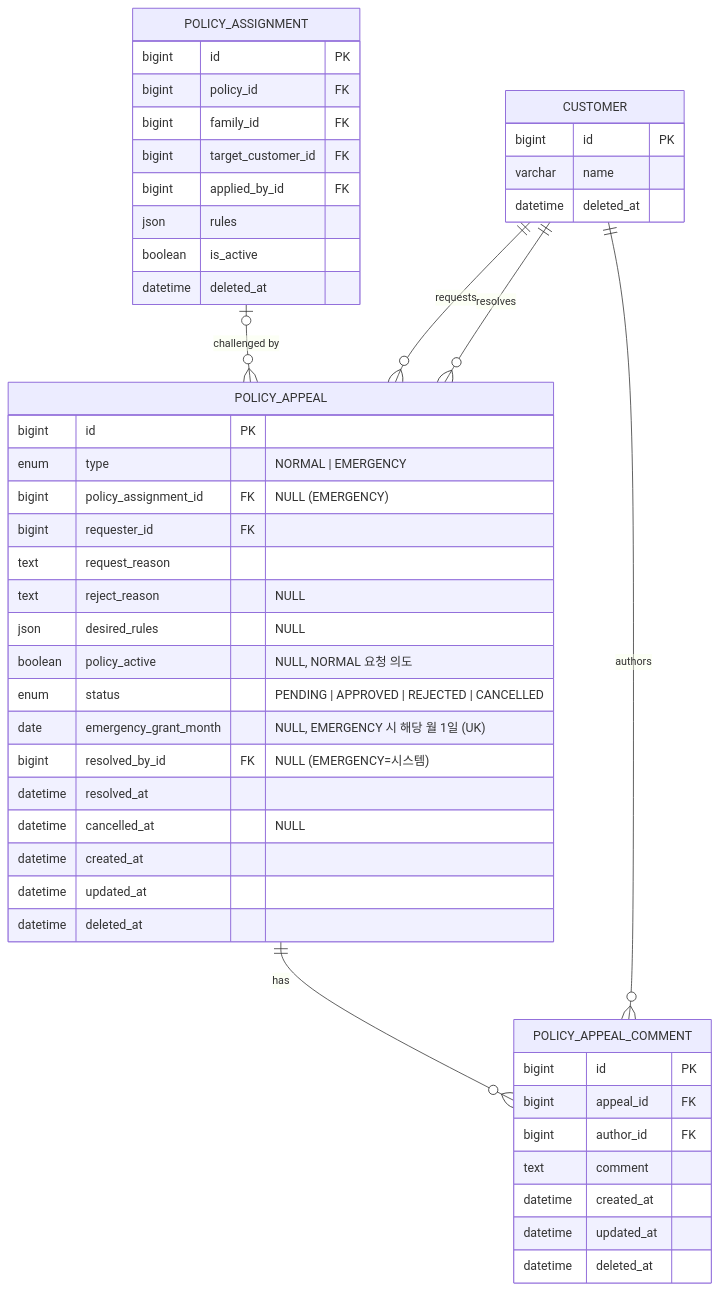
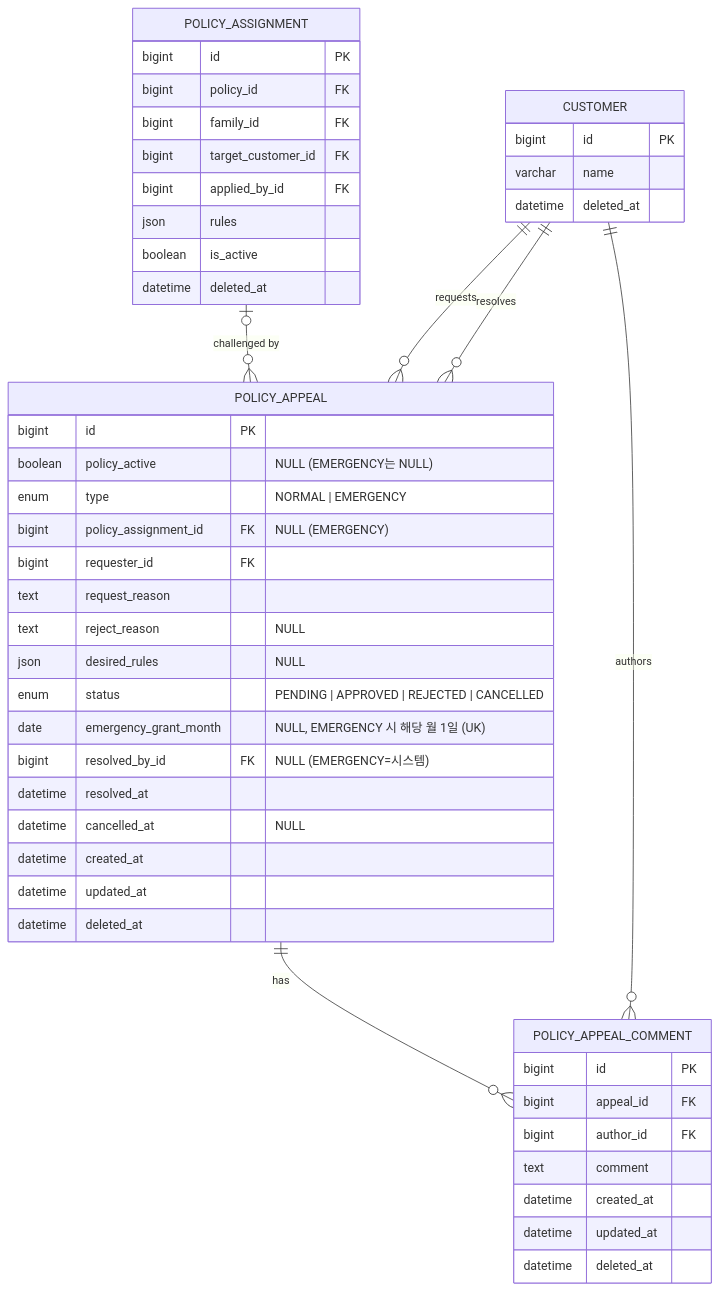
One commit to da-bom/dabom-api-core changed the fourth of 6 diagrams in docs/ERD.md. Above: the diagram before and after it, drawn with Mermaid. The commit also changed other lines of this file and 4 other files, not shown here.

````diff
--- a/docs/ERD.md
+++ b/docs/ERD.md
@@ -530,54 +547,54 @@
 ```mermaid
 erDiagram
     POLICY_ASSIGNMENT |o--o{ POLICY_APPEAL : "challenged by"
     CUSTOMER ||--o{ POLICY_APPEAL : "requests"
     CUSTOMER ||--o{ POLICY_APPEAL : "resolves"
     POLICY_APPEAL ||--o{ POLICY_APPEAL_COMMENT : "has"
     CUSTOMER ||--o{ POLICY_APPEAL_COMMENT : "authors"
 
     POLICY_ASSIGNMENT {
         bigint id PK
         bigint policy_id FK
         bigint family_id FK
         bigint target_customer_id FK
         bigint applied_by_id FK
         json rules
         boolean is_active
         datetime deleted_at
     }
 
     POLICY_APPEAL {
         bigint id PK
+        boolean policy_active "NULL (EMERGENCY는 NULL)"
         enum type "NORMAL | EMERGENCY"
         bigint policy_assignment_id FK "NULL (EMERGENCY)"
         bigint requester_id FK
         text request_reason
         text reject_reason "NULL"
         json desired_rules "NULL"
-        boolean policy_active "NULL, NORMAL 요청 의도"
         enum status "PENDING | APPROVED | REJECTED | CANCELLED"
         date emergency_grant_month "NULL, EMERGENCY 시 해당 월 1일 (UK)"
         bigint resolved_by_id FK "NULL (EMERGENCY=시스템)"
         datetime resolved_at
         datetime cancelled_at "NULL"
         datetime created_at
         datetime updated_at
         datetime deleted_at
     }
 
     POLICY_APPEAL_COMMENT {
         bigint id PK
         bigint appeal_id FK
         bigint author_id FK
         text comment
         datetime created_at
         datetime updated_at
         datetime deleted_at
     }
 
     CUSTOMER {
         bigint id PK
         varchar name
         datetime deleted_at
     }
 ```
````
